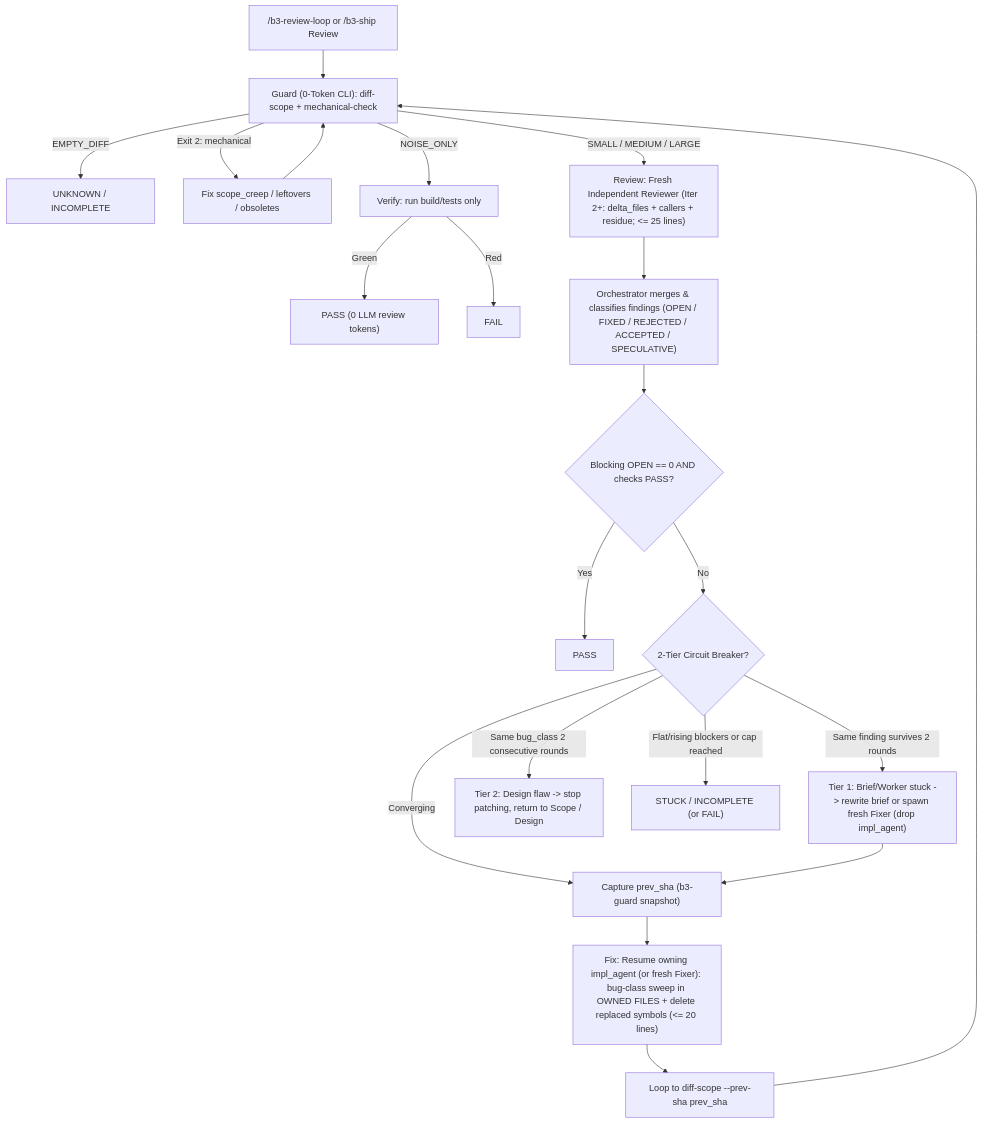
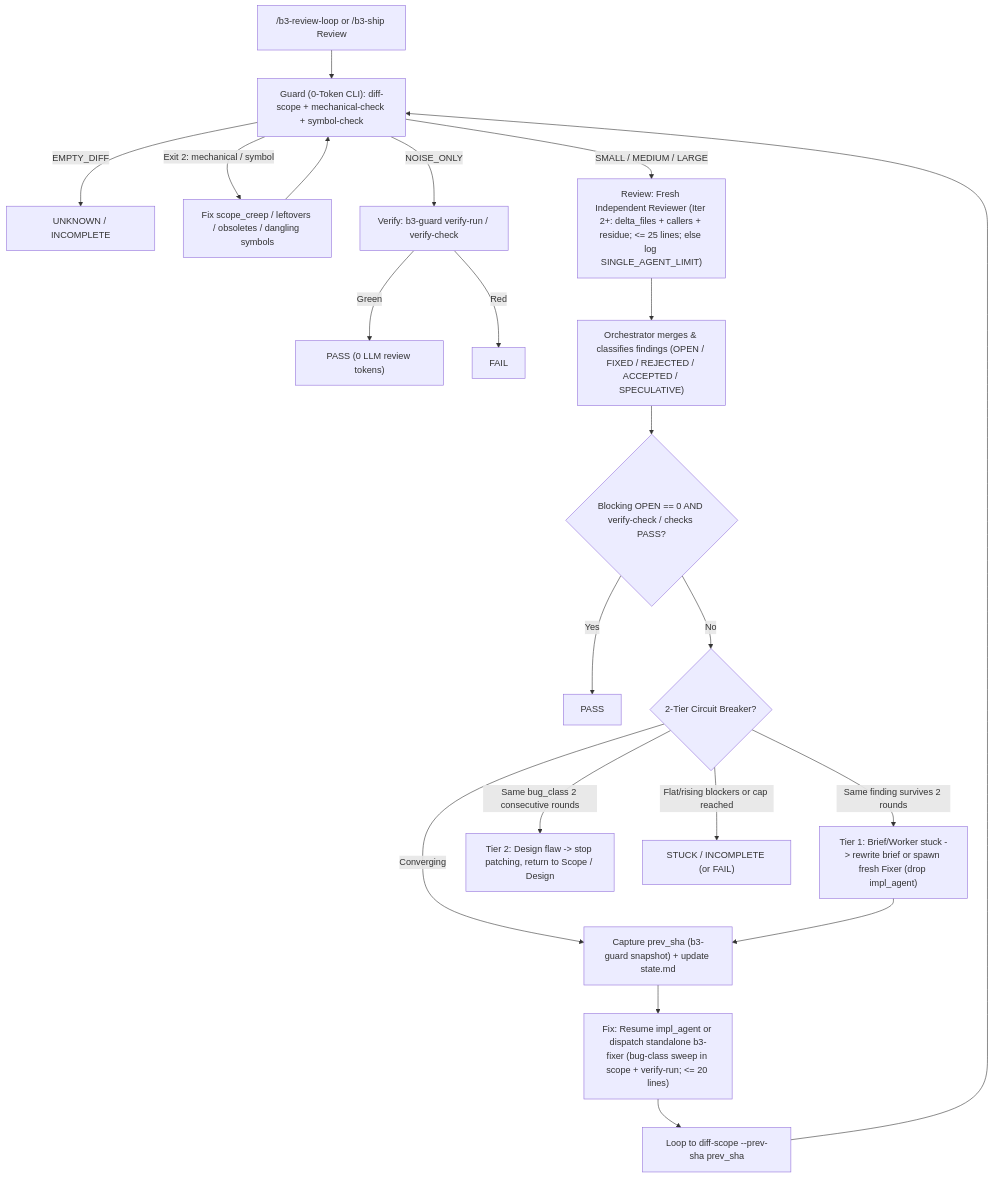
The third of 5 diagrams in docs/ship-and-review-guide.md (hptbee/b3_ai-engineering), drawn with Mermaid before and after one commit. The commit also changed other lines of this file and 8 other files, not shown here.

````diff
--- a/docs/ship-and-review-guide.md
+++ b/docs/ship-and-review-guide.md
@@ -115,26 +115,26 @@
 ```mermaid
 flowchart TD
-    Start["/b3-review-loop or /b3-ship Review"] --> Scope["Guard (0-Token CLI): diff-scope + mechanical-check"]
+    Start["/b3-review-loop or /b3-ship Review"] --> Scope["Guard (0-Token CLI): diff-scope + mechanical-check + symbol-check"]
     Scope -->|"EMPTY_DIFF"| Incomplete["UNKNOWN / INCOMPLETE"]
-    Scope -->|"Exit 2: mechanical"| FixMech["Fix scope_creep / leftovers / obsoletes"]
+    Scope -->|"Exit 2: mechanical / symbol"| FixMech["Fix scope_creep / leftovers / obsoletes / dangling symbols"]
     FixMech --> Scope
-    Scope -->|"NOISE_ONLY"| NoiseTest["Verify: run build/tests only"]
+    Scope -->|"NOISE_ONLY"| NoiseTest["Verify: b3-guard verify-run / verify-check"]
     NoiseTest -->|"Green"| Pass["PASS (0 LLM review tokens)"]
     NoiseTest -->|"Red"| Fail["FAIL"]
 
-    Scope -->|"SMALL / MEDIUM / LARGE"| Rev["Review: Fresh Independent Reviewer (Iter 2+: delta_files + callers + residue; <= 25 lines)"]
+    Scope -->|"SMALL / MEDIUM / LARGE"| Rev["Review: Fresh Independent Reviewer (Iter 2+: delta_files + callers + residue; <= 25 lines; else log SINGLE_AGENT_LIMIT)"]
     Rev --> Merge["Orchestrator merges & classifies findings (OPEN / FIXED / REJECTED / ACCEPTED / SPECULATIVE)"]
-    Merge --> Gate{"Blocking OPEN == 0 AND checks PASS?"}
+    Merge --> Gate{"Blocking OPEN == 0 AND verify-check / checks PASS?"}
     Gate -->|"Yes"| Pass2["PASS"]
     Gate -->|"No"| Breaker{"2-Tier Circuit Breaker?"}
 
     Breaker -->|"Same finding survives 2 rounds"| ResetWorker["Tier 1: Brief/Worker stuck -> rewrite brief or spawn fresh Fixer (drop impl_agent)"]
     Breaker -->|"Same bug_class 2 consecutive rounds"| Redesign["Tier 2: Design flaw -> stop patching, return to Scope / Design"]
     Breaker -->|"Flat/rising blockers or cap reached"| Stuck["STUCK / INCOMPLETE (or FAIL)"]
-    Breaker -->|"Converging"| Snap["Capture prev_sha (b3-guard snapshot)"]
+    Breaker -->|"Converging"| Snap["Capture prev_sha (b3-guard snapshot) + update state.md"]
 
     ResetWorker --> Snap
-    Snap --> Fix["Fix: Resume owning impl_agent (or fresh Fixer): bug-class sweep in OWNED FILES + delete replaced symbols (<= 20 lines)"]
+    Snap --> Fix["Fix: Resume impl_agent or dispatch standalone b3-fixer (bug-class sweep in scope + verify-run; <= 20 lines)"]
     Fix --> LoopBack["Loop to diff-scope --prev-sha prev_sha"]
     LoopBack --> Scope
 ```
````
